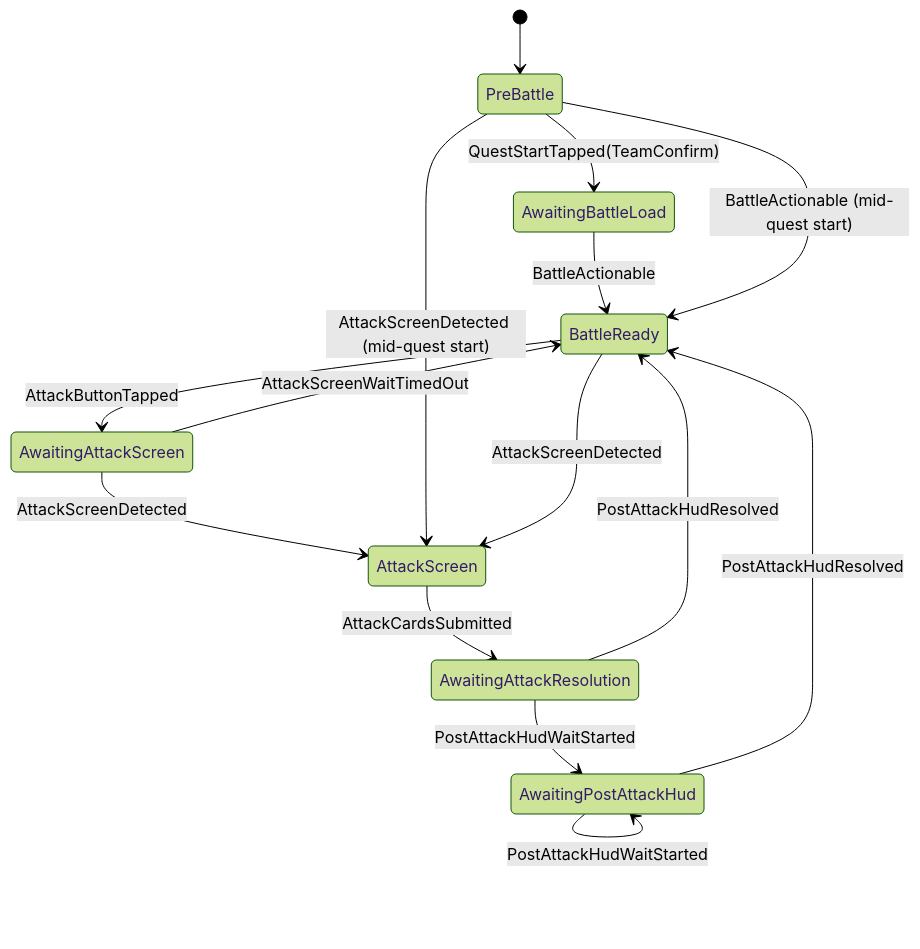
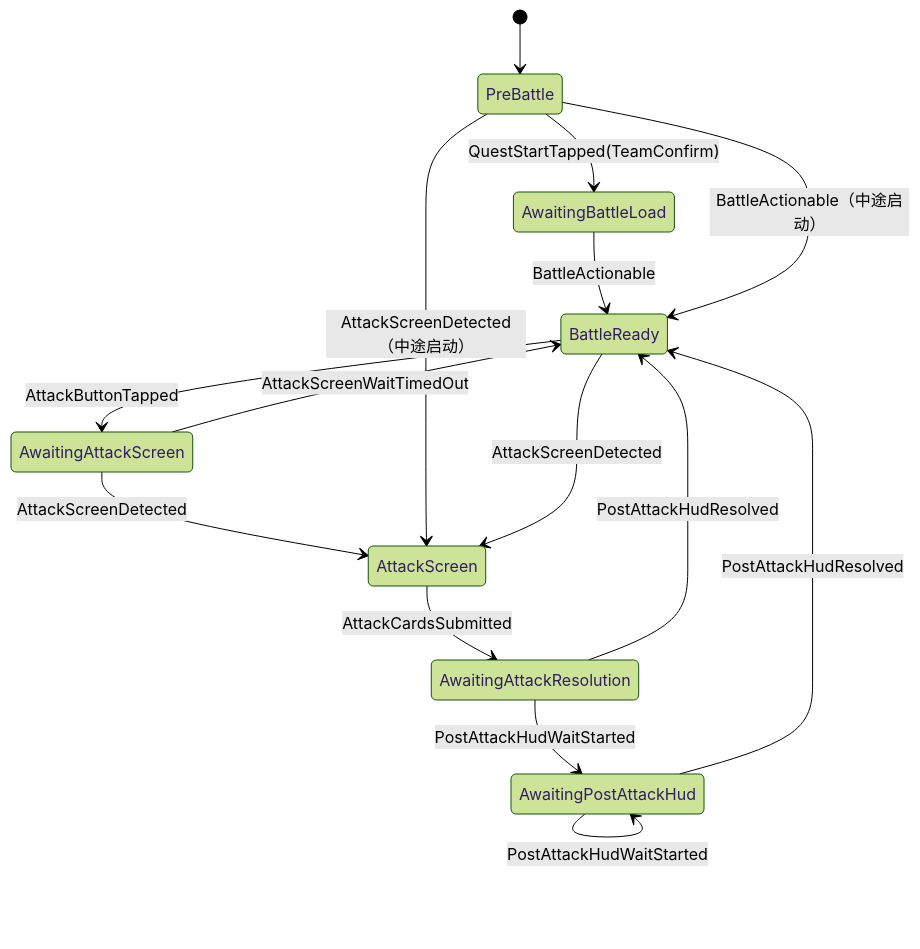
Before and after one commit to ZaiZheTingDun/mash-app: the second of 2 diagrams in docs/state-machines/battle-automation.md, drawn with Mermaid (forest theme). The commit also changed other lines of this file and 7 other files, not shown here.

````diff
--- a/docs/state-machines/battle-automation.md
+++ b/docs/state-machines/battle-automation.md
@@ -73,17 +56,17 @@
 ```mermaid
 stateDiagram-v2
     [*] --> PreBattle
     PreBattle --> AwaitingBattleLoad: QuestStartTapped(TeamConfirm)
     AwaitingBattleLoad --> BattleReady: BattleActionable
-    PreBattle --> BattleReady: BattleActionable (mid-quest start)
+    PreBattle --> BattleReady: BattleActionable（中途启动）
     BattleReady --> AwaitingAttackScreen: AttackButtonTapped
     AwaitingAttackScreen --> AttackScreen: AttackScreenDetected
-    PreBattle --> AttackScreen: AttackScreenDetected (mid-quest start)
+    PreBattle --> AttackScreen: AttackScreenDetected（中途启动）
     BattleReady --> AttackScreen: AttackScreenDetected
     AwaitingAttackScreen --> BattleReady: AttackScreenWaitTimedOut
     AttackScreen --> AwaitingAttackResolution: AttackCardsSubmitted
     AwaitingAttackResolution --> AwaitingPostAttackHud: PostAttackHudWaitStarted
     AwaitingPostAttackHud --> AwaitingPostAttackHud: PostAttackHudWaitStarted
     AwaitingAttackResolution --> BattleReady: PostAttackHudResolved
     AwaitingPostAttackHud --> BattleReady: PostAttackHudResolved
 ```
````
